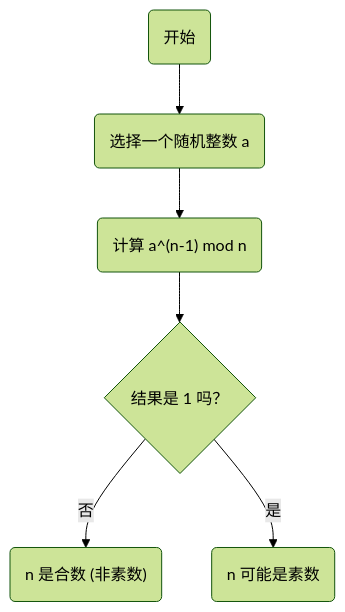
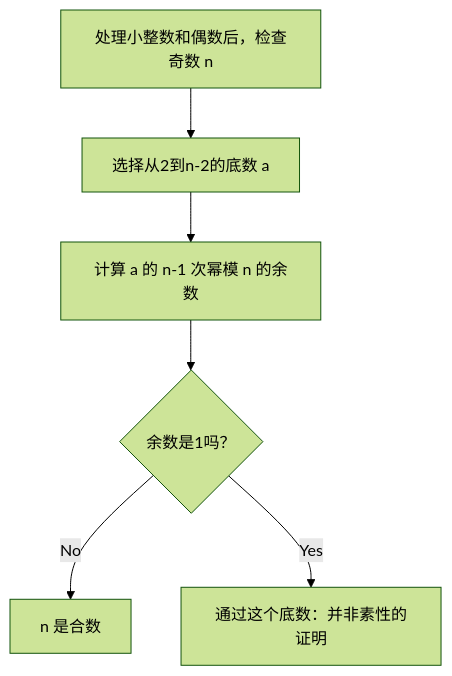
Before and after one commit to kenjinote/blog: the first of 2 diagrams in content/post/fermats-little-theorem/index.zh-cn.md, drawn with Mermaid (forest theme). The commit also changed other lines of this file and 6 other files, not shown here.

````diff
--- a/content/post/fermats-little-theorem/index.zh-cn.md
+++ b/content/post/fermats-little-theorem/index.zh-cn.md
@@ -85,8 +57,8 @@
 ```mermaid
 flowchart TD
-    Start("开始") --> ChooseA("选择一个随机整数 a")
-    ChooseA --> Calc("计算 a^(n-1) mod n")
-    Calc --> Check{"结果是 1 吗？"}
-    Check -- "否" --> Composite("n 是合数 (非素数)")
-    Check -- "是" --> ProbPrime("n 可能是素数")
+    Input["处理小整数和偶数后，检查奇数 n"] --> Choose["选择从2到n-2的底数 a"]
+    Choose --> Calc["计算 a 的 n-1 次幂模 n 的余数"]
+    Calc --> Check{"余数是1吗？"}
+    Check -- No --> Composite["n 是合数"]
+    Check -- Yes --> Pass["通过这个底数：并非素性的证明"]
 ```
````
